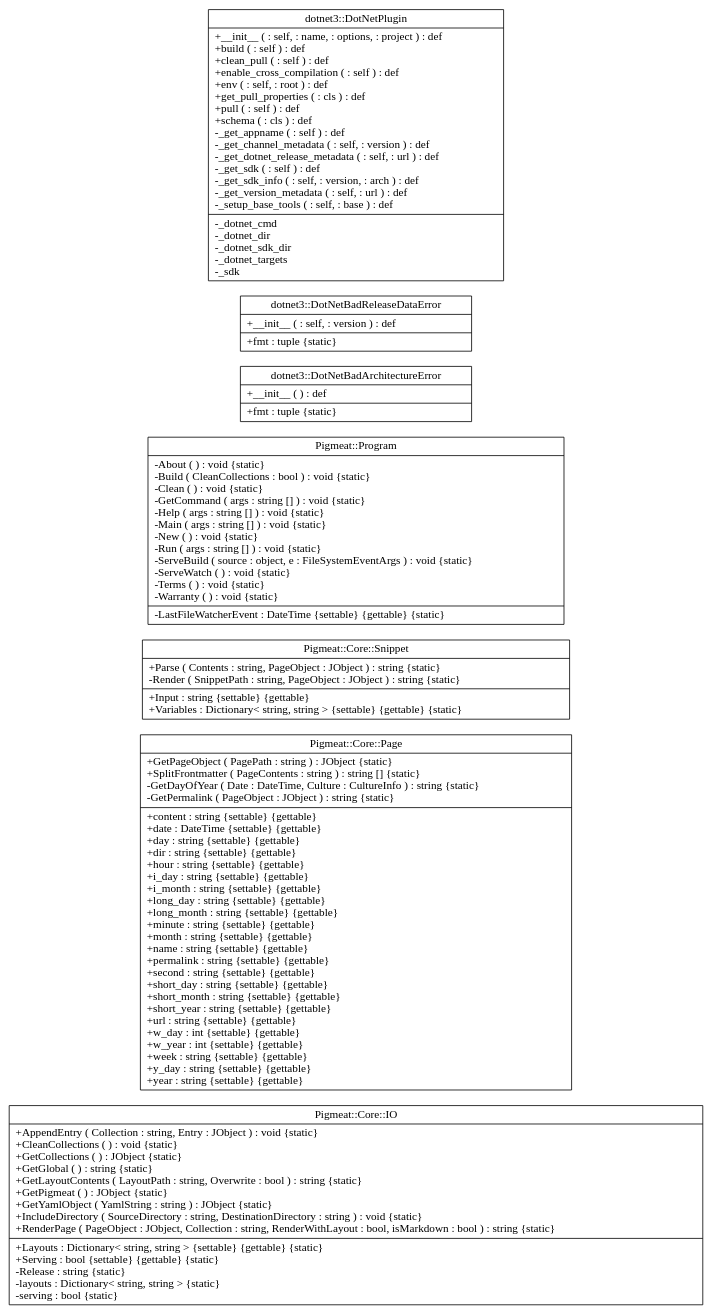
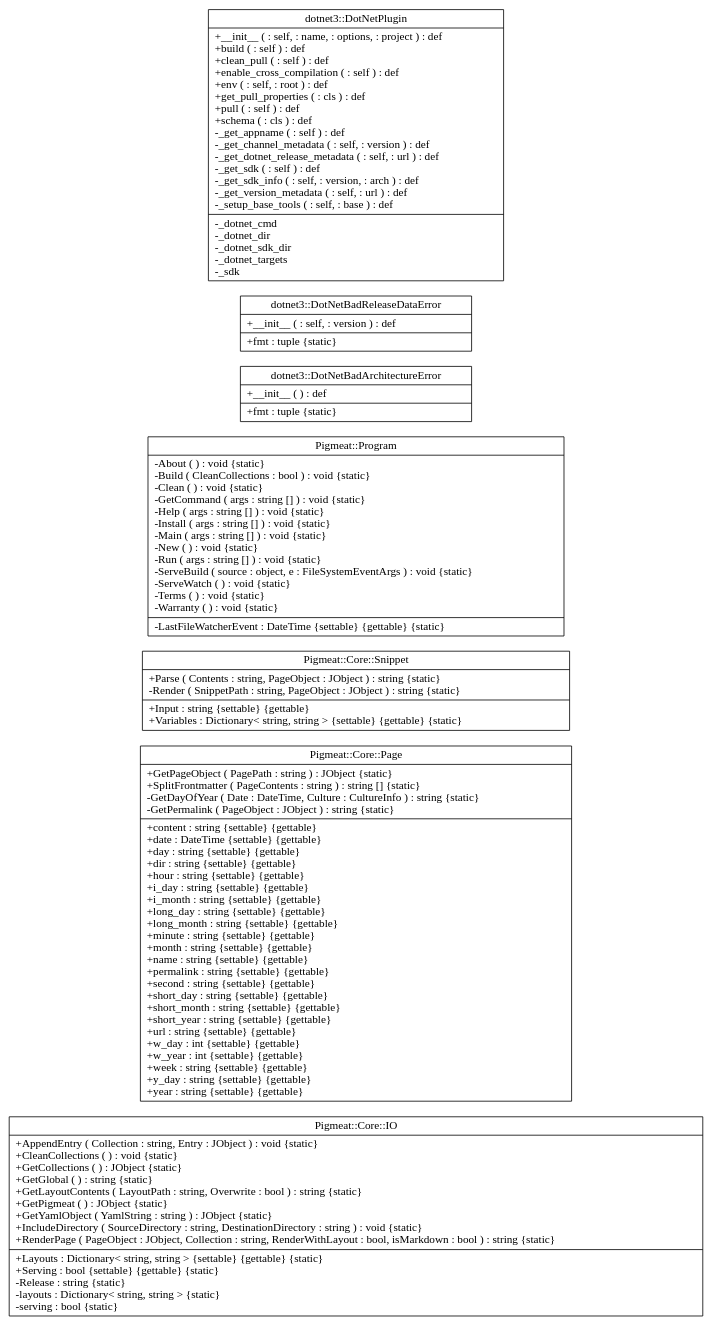
Before and after one commit to milovidov983/Pigmeat: the diagram in diagrams/graph.dot, drawn with Graphviz. The commit also changed 49 other files, not shown here.

```diff
--- a/diagrams/graph.dot
+++ b/diagrams/graph.dot
@@ -1,11 +1,11 @@
 digraph doxygraph
 {
 graph [ rankdir="RL" ]
 "class_pigmeat_1_1_core_1_1_i_o" [ label="Pigmeat::Core::IO\n|+AppendEntry ( Collection : string, Entry : JObject ) : void \{static\}\l+CleanCollections (  ) : void \{static\}\l+GetCollections (  ) : JObject \{static\}\l+GetGlobal (  ) : string \{static\}\l+GetLayoutContents ( LayoutPath : string, Overwrite : bool ) : string \{static\}\l+GetPigmeat (  ) : JObject \{static\}\l+GetYamlObject ( YamlString : string ) : JObject \{static\}\l+IncludeDirectory ( SourceDirectory : string, DestinationDirectory : string ) : void \{static\}\l+RenderPage ( PageObject : JObject, Collection : string, RenderWithLayout : bool, isMarkdown : bool ) : string \{static\}\l|+Layouts : Dictionary\< string, string \> \{settable\} \{gettable\} \{static\}\l+Serving : bool \{settable\} \{gettable\} \{static\}\l-Release : string \{static\}\l-layouts : Dictionary\< string, string \> \{static\}\l-serving : bool \{static\}\l" shape="record" ]
 "class_pigmeat_1_1_core_1_1_page" [ label="Pigmeat::Core::Page\n|+GetPageObject ( PagePath : string ) : JObject \{static\}\l+SplitFrontmatter ( PageContents : string ) : string [] \{static\}\l-GetDayOfYear ( Date : DateTime, Culture : CultureInfo ) : string \{static\}\l-GetPermalink ( PageObject : JObject ) : string \{static\}\l|+content : string \{settable\} \{gettable\}\l+date : DateTime \{settable\} \{gettable\}\l+day : string \{settable\} \{gettable\}\l+dir : string \{settable\} \{gettable\}\l+hour : string \{settable\} \{gettable\}\l+i_day : string \{settable\} \{gettable\}\l+i_month : string \{settable\} \{gettable\}\l+long_day : string \{settable\} \{gettable\}\l+long_month : string \{settable\} \{gettable\}\l+minute : string \{settable\} \{gettable\}\l+month : string \{settable\} \{gettable\}\l+name : string \{settable\} \{gettable\}\l+permalink : string \{settable\} \{gettable\}\l+second : string \{settable\} \{gettable\}\l+short_day : string \{settable\} \{gettable\}\l+short_month : string \{settable\} \{gettable\}\l+short_year : string \{settable\} \{gettable\}\l+url : string \{settable\} \{gettable\}\l+w_day : int \{settable\} \{gettable\}\l+w_year : int \{settable\} \{gettable\}\l+week : string \{settable\} \{gettable\}\l+y_day : string \{settable\} \{gettable\}\l+year : string \{settable\} \{gettable\}\l" shape="record" ]
 "class_pigmeat_1_1_core_1_1_snippet" [ label="Pigmeat::Core::Snippet\n|+Parse ( Contents : string, PageObject : JObject ) : string \{static\}\l-Render ( SnippetPath : string, PageObject : JObject ) : string \{static\}\l|+Input : string \{settable\} \{gettable\}\l+Variables : Dictionary\< string, string \> \{settable\} \{gettable\} \{static\}\l" shape="record" ]
-"class_pigmeat_1_1_program" [ label="Pigmeat::Program\n|-About (  ) : void \{static\}\l-Build ( CleanCollections : bool ) : void \{static\}\l-Clean (  ) : void \{static\}\l-GetCommand ( args : string [] ) : void \{static\}\l-Help ( args : string [] ) : void \{static\}\l-Main ( args : string [] ) : void \{static\}\l-New (  ) : void \{static\}\l-Run ( args : string [] ) : void \{static\}\l-ServeBuild ( source : object, e : FileSystemEventArgs ) : void \{static\}\l-ServeWatch (  ) : void \{static\}\l-Terms (  ) : void \{static\}\l-Warranty (  ) : void \{static\}\l|-LastFileWatcherEvent : DateTime \{settable\} \{gettable\} \{static\}\l" shape="record" ]
+"class_pigmeat_1_1_program" [ label="Pigmeat::Program\n|-About (  ) : void \{static\}\l-Build ( CleanCollections : bool ) : void \{static\}\l-Clean (  ) : void \{static\}\l-GetCommand ( args : string [] ) : void \{static\}\l-Help ( args : string [] ) : void \{static\}\l-Install ( args : string [] ) : void \{static\}\l-Main ( args : string [] ) : void \{static\}\l-New (  ) : void \{static\}\l-Run ( args : string [] ) : void \{static\}\l-ServeBuild ( source : object, e : FileSystemEventArgs ) : void \{static\}\l-ServeWatch (  ) : void \{static\}\l-Terms (  ) : void \{static\}\l-Warranty (  ) : void \{static\}\l|-LastFileWatcherEvent : DateTime \{settable\} \{gettable\} \{static\}\l" shape="record" ]
 "classdotnet3_1_1_dot_net_bad_architecture_error" [ label="dotnet3::DotNetBadArchitectureError\n|+__init__ (  ) : def\l|+fmt : tuple \{static\}\l" shape="record" ]
 "classdotnet3_1_1_dot_net_bad_release_data_error" [ label="dotnet3::DotNetBadReleaseDataError\n|+__init__ (  : self,  : version ) : def\l|+fmt : tuple \{static\}\l" shape="record" ]
 "classdotnet3_1_1_dot_net_plugin" [ label="dotnet3::DotNetPlugin\n|+__init__ (  : self,  : name,  : options,  : project ) : def\l+build (  : self ) : def\l+clean_pull (  : self ) : def\l+enable_cross_compilation (  : self ) : def\l+env (  : self,  : root ) : def\l+get_pull_properties (  : cls ) : def\l+pull (  : self ) : def\l+schema (  : cls ) : def\l-_get_appname (  : self ) : def\l-_get_channel_metadata (  : self,  : version ) : def\l-_get_dotnet_release_metadata (  : self,  : url ) : def\l-_get_sdk (  : self ) : def\l-_get_sdk_info (  : self,  : version,  : arch ) : def\l-_get_version_metadata (  : self,  : url ) : def\l-_setup_base_tools (  : self,  : base ) : def\l|-_dotnet_cmd\l-_dotnet_dir\l-_dotnet_sdk_dir\l-_dotnet_targets\l-_sdk\l" shape="record" ]
 }
```
